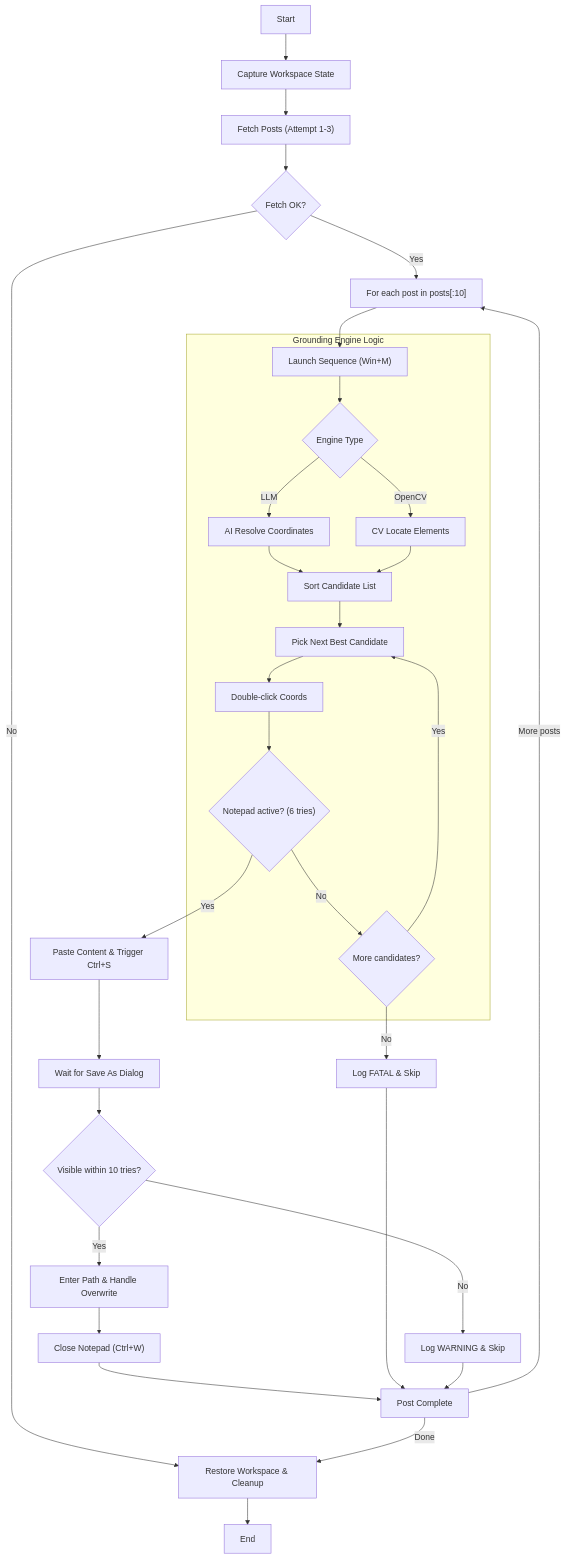
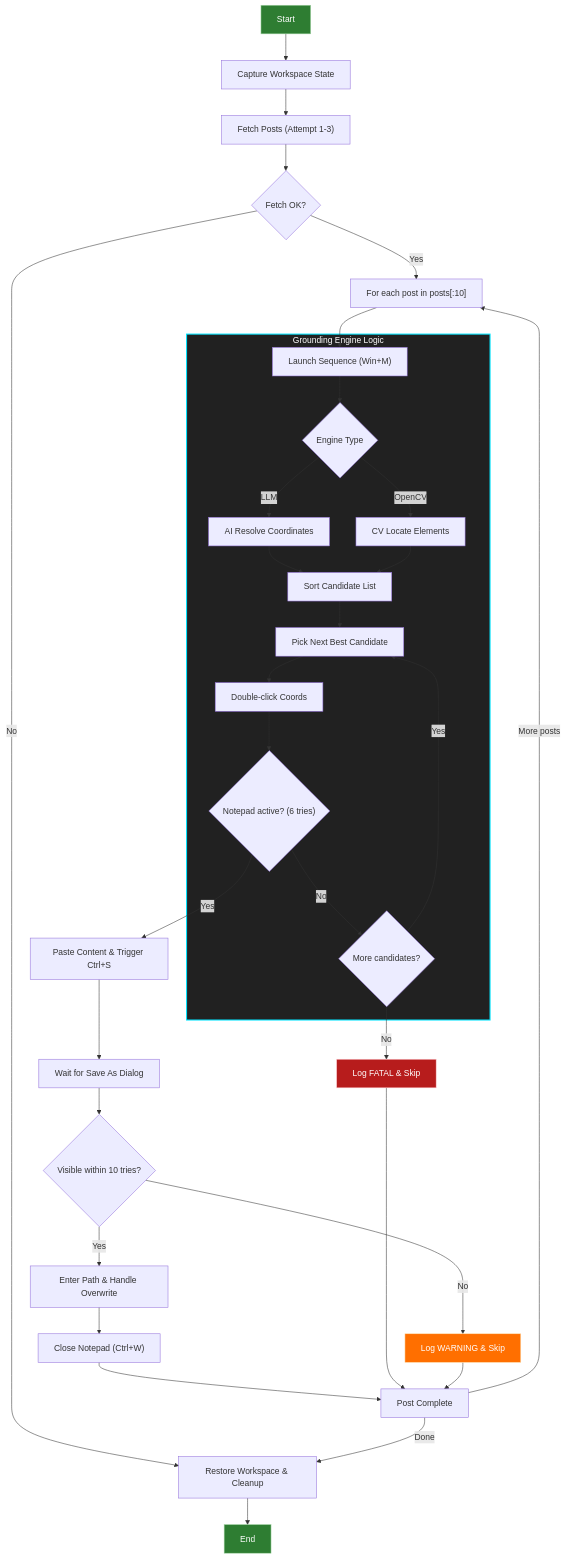
Before and after one commit to IbrahemHadidy/tjm-automation-task: the third of 3 diagrams in README.md, drawn with Mermaid. The commit also changed other lines of this file and 7 other files, not shown here.

Commit message:
docs: Expanded README to include detailed descriptions of the high-level architecture and grounding engine internal logic.

````diff
--- a/README.md
+++ b/README.md
@@ -164,47 +356,54 @@
 ```mermaid
 flowchart TD
     Start["Start"] --> State["Capture Workspace State"]
     State --> Fetch["Fetch Posts (Attempt 1-3)"]
-    
+
     Fetch --> Success{"Fetch OK?"}
     Success -->|No| Restore["Restore Workspace & Cleanup"]
     Success -->|Yes| Loop["For each post in posts[:10]"]
-    
+
     Loop --> Launch["Launch Sequence (Win+M)"]
-    
+
     subgraph Grounding ["Grounding Engine Logic"]
         Launch --> Engine{"Engine Type"}
         Engine -->|LLM| AI["AI Resolve Coordinates"]
         Engine -->|OpenCV| CV["CV Locate Elements"]
-        
+
         AI --> List["Sort Candidate List"]
         CV --> List
-        
+
         List --> NextCand["Pick Next Best Candidate"]
         NextCand --> DClick["Double-click Coords"]
-        
+
         DClick --> Verify{"Notepad active? (6 tries)"}
         Verify -->|No| More{"More candidates?"}
         More -->|Yes| NextCand
     end
 
     Verify -->|Yes| Edit["Paste Content & Trigger Ctrl+S"]
     More -->|No| Skip["Log FATAL & Skip"]
-    
+
     Edit --> WaitDialog["Wait for Save As Dialog"]
-    
+
     WaitDialog --> DialogCheck{"Visible within 10 tries?"}
     DialogCheck -->|No| Warn["Log WARNING & Skip"]
     DialogCheck -->|Yes| SaveProcess["Enter Path & Handle Overwrite"]
-    
+
     SaveProcess --> Close["Close Notepad (Ctrl+W)"]
     Close --> Next["Post Complete"]
-    
+
     Skip --> Next
     Warn --> Next
-    
+
     Next -->|More posts| Loop
     Next -->|Done| Restore
-    
+
     Restore --> End["End"]
+
+    %% Styling for High Contrast / Dark Mode
+    style Grounding fill:#212121,stroke:#00e5ff,stroke-width:2px,color:#fff
+    style Start fill:#2e7d32,stroke:#a5d6a7,color:#fff
+    style End fill:#2e7d32,stroke:#a5d6a7,color:#fff
+    style Skip fill:#b71c1c,stroke:#ffcdd2,color:#fff
+    style Warn fill:#ff6f00,stroke:#ffe0b2,color:#fff
 ```
````
